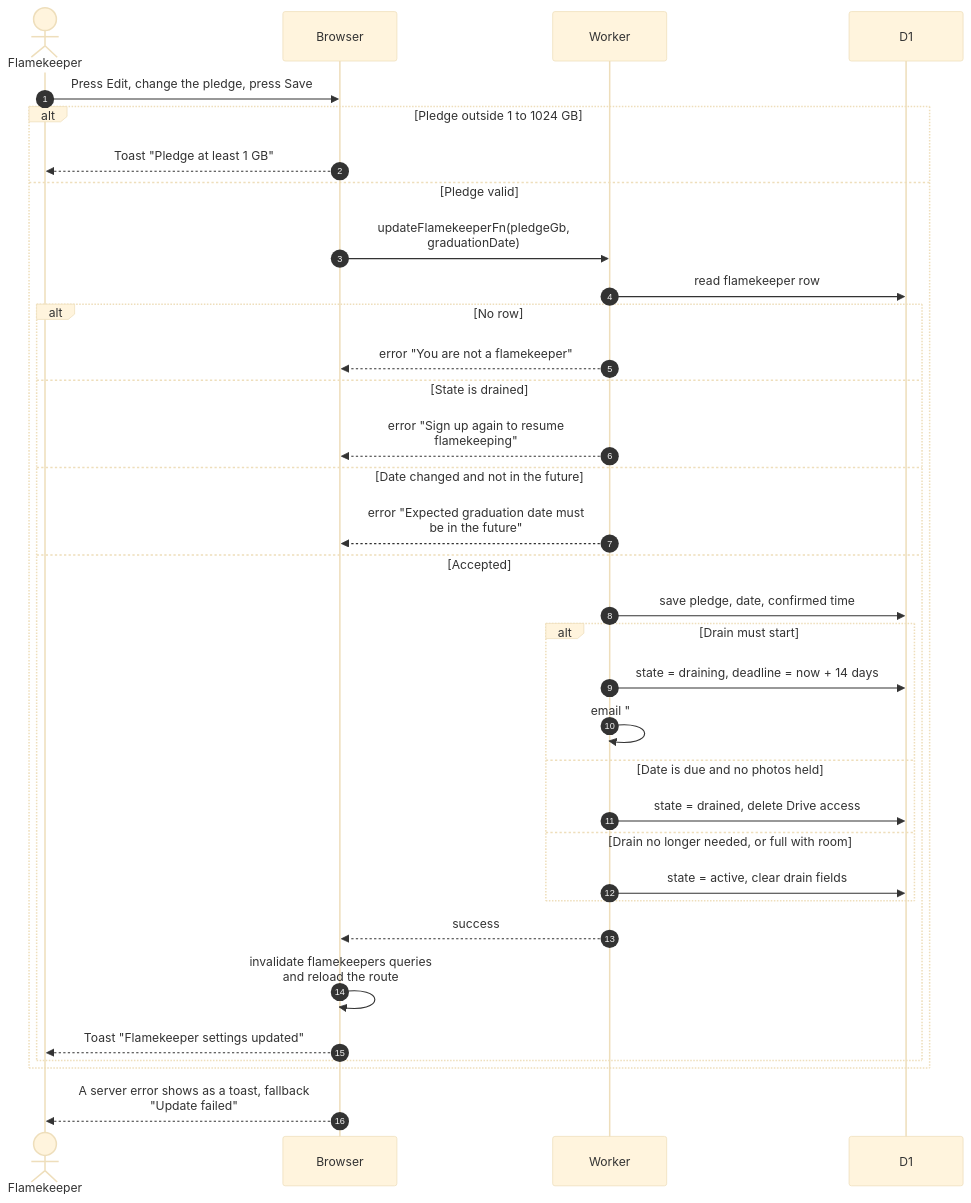
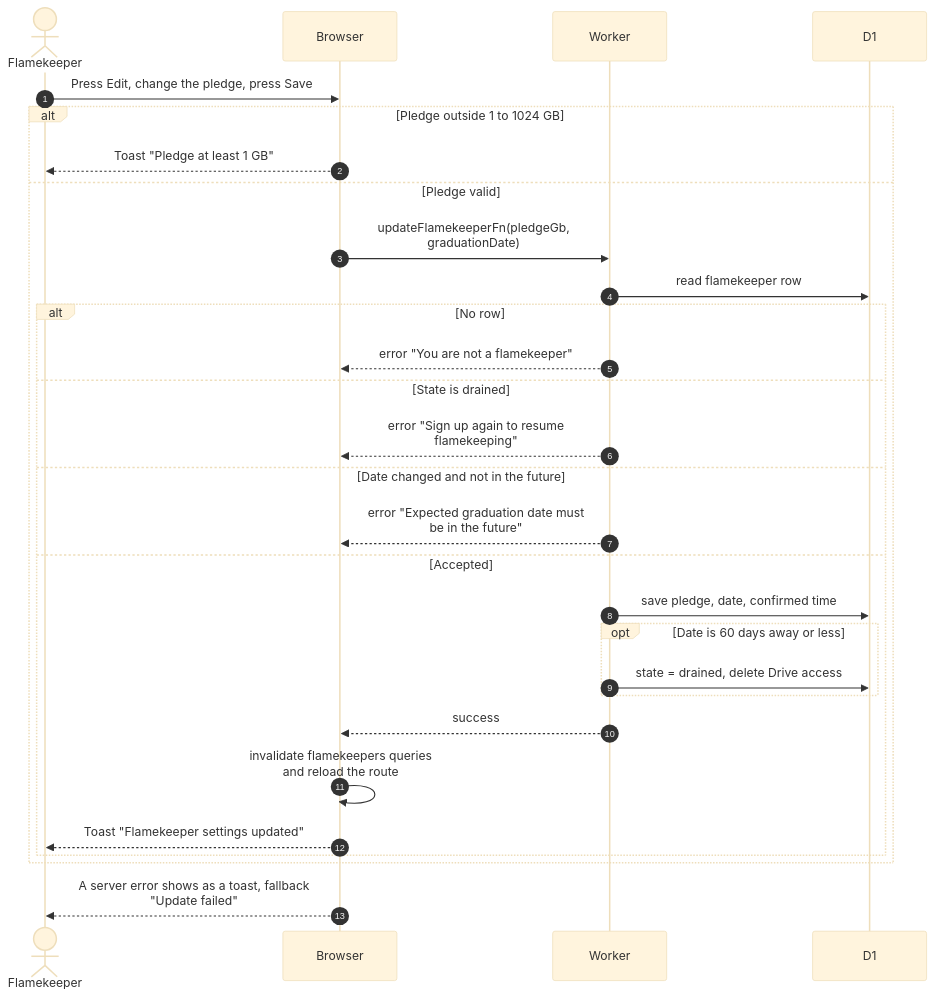
Before and after one commit to sagyzdop/meriksirat: the diagram in docs/scenarios/flamekeepers/change-pledge.md, drawn with Mermaid (base theme). The commit also changed other lines of this file and 74 other files, not shown here.

````diff
--- a/docs/scenarios/flamekeepers/change-pledge.md
+++ b/docs/scenarios/flamekeepers/change-pledge.md
@@ -29,36 +22,31 @@
 ```mermaid
 sequenceDiagram
     autonumber
     actor F as Flamekeeper
     participant Browser
     participant Worker
     participant D1
     F->>Browser: Press Edit, change the pledge, press Save
     alt Pledge outside 1 to 1024 GB
         Browser-->>F: Toast "Pledge at least 1 GB"
     else Pledge valid
         Browser->>Worker: updateFlamekeeperFn(pledgeGb,<br/>graduationDate)
         Worker->>D1: read flamekeeper row
         alt No row
             Worker-->>Browser: error "You are not a flamekeeper"
         else State is drained
             Worker-->>Browser: error "Sign up again to resume<br/>flamekeeping"
         else Date changed and not in the future
             Worker-->>Browser: error "Expected graduation date must<br/>be in the future"
         else Accepted
             Worker->>D1: save pledge, date, confirmed time
-            alt Drain must start
-                Worker->>D1: state = draining, deadline = now + 14 days
-                Worker->>Worker: email "#savenuimg: we are moving<br/>your photos"
-            else Date is due and no photos held
+            opt Date is 60 days away or less
                 Worker->>D1: state = drained, delete Drive access
-            else Drain no longer needed, or full with room
-                Worker->>D1: state = active, clear drain fields
             end
             Worker-->>Browser: success
             Browser->>Browser: invalidate flamekeepers queries<br/>and reload the route
             Browser-->>F: Toast "Flamekeeper settings updated"
         end
     end
     Browser-->>F: A server error shows as a toast, fallback<br/>"Update failed"
 ```
````
